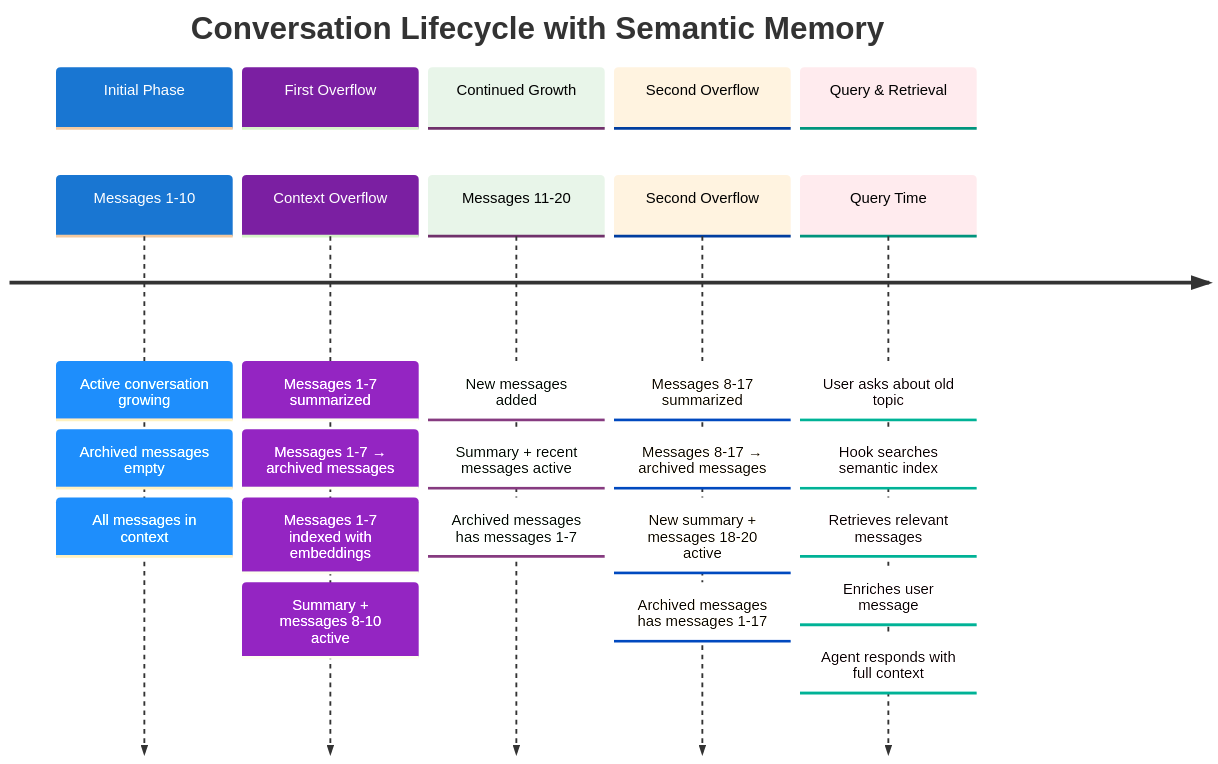
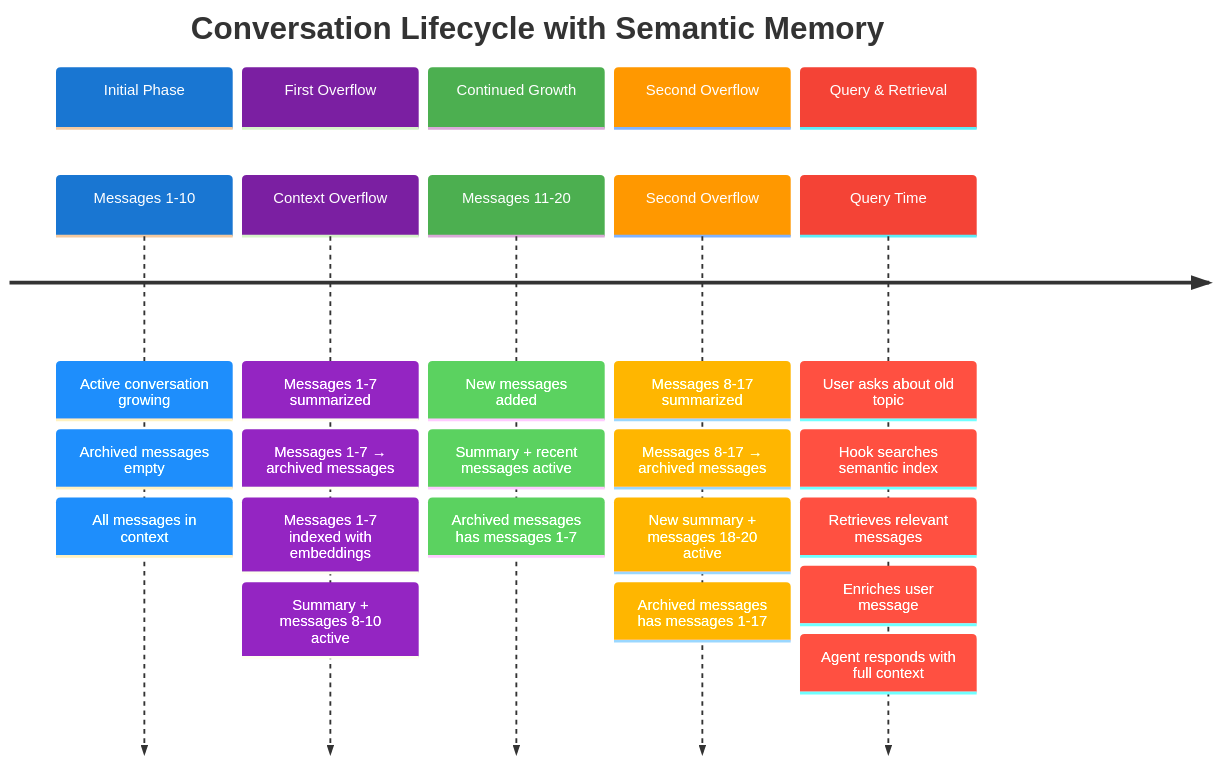
Before and after one commit to danilop/strands-agents-semantic-summarizing-conversation-manager: the third of 5 diagrams in README.md, drawn with Mermaid.

Commit message:
Balance timeline colors with saturated colors across all sections
- Use saturated green (#4CAF50) for section 3
- Use saturated orange (#FF9800) for section 4
- Use saturated red (#F44336) for section 5
- Set all text to white for consistent contrast
- Create balanced vibrant tube map aesthetic

````diff
--- a/README.md
+++ b/README.md
@@ -253,48 +253,48 @@
 ```mermaid
 %%{init: {
   'theme': 'base',
   'themeVariables': {
     'cScale0': '#1976D2',
     'cScale1': '#7B1FA2',
-    'cScale2': '#E8F5E9',
-    'cScale3': '#FFF3E0',
-    'cScale4': '#FFEBEE',
+    'cScale2': '#4CAF50',
+    'cScale3': '#FF9800',
+    'cScale4': '#F44336',
     'cScaleLabel0': '#FFF',
     'cScaleLabel1': '#FFF',
-    'cScaleLabel2': '#000',
-    'cScaleLabel3': '#000',
-    'cScaleLabel4': '#000'
+    'cScaleLabel2': '#FFF',
+    'cScaleLabel3': '#FFF',
+    'cScaleLabel4': '#FFF'
   }
 }}%%
 timeline
     title Conversation Lifecycle with Semantic Memory
 
     section Initial Phase
         Messages 1-10           : Active conversation growing
                                 : Archived messages empty
                                 : All messages in context
 
     section First Overflow
         Context Overflow        : Messages 1-7 summarized
                                 : Messages 1-7 → archived messages
                                 : Messages 1-7 indexed with embeddings
                                 : Summary + messages 8-10 active
 
     section Continued Growth
         Messages 11-20          : New messages added
                                 : Summary + recent messages active
                                 : Archived messages has messages 1-7
 
     section Second Overflow
         Second Overflow         : Messages 8-17 summarized
                                 : Messages 8-17 → archived messages
                                 : New summary + messages 18-20 active
                                 : Archived messages has messages 1-17
 
     section Query & Retrieval
         Query Time              : User asks about old topic
                                 : Hook searches semantic index
                                 : Retrieves relevant messages
                                 : Enriches user message
                                 : Agent responds with full context
 ```
````
